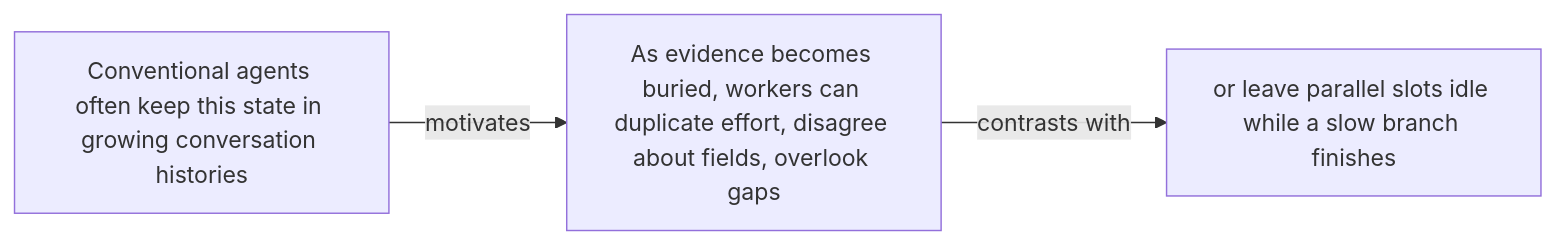
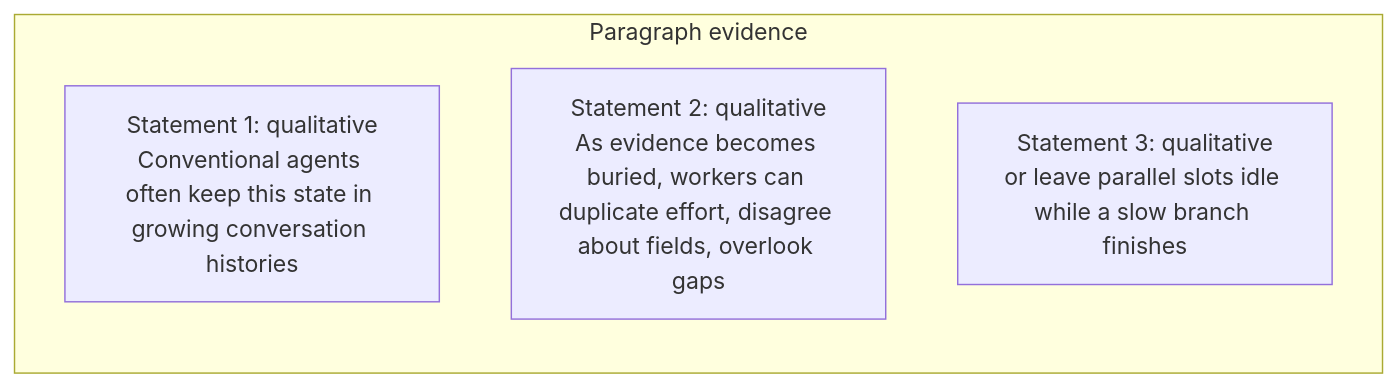
One commit to Betancourt1/paper_atlas changed the fourth of 51 diagrams in docs/visual-manifests/VISUAL_MANIFEST_SEARCHOS_V1.md. Above: the diagram before and after it, drawn with Mermaid. The commit also changed other lines of this file and 7 other files, not shown here.

````diff
--- a/docs/visual-manifests/VISUAL_MANIFEST_SEARCHOS_V1.md
+++ b/docs/visual-manifests/VISUAL_MANIFEST_SEARCHOS_V1.md
@@ -292,8 +284,8 @@
 ```mermaid
 flowchart LR
-  n1["Conventional agents often keep this state in growing conversation histories"]
-  n2["As evidence becomes buried, workers can duplicate effort, disagree about fields, overlook gaps"]
-  n3["or leave parallel slots idle while a slow branch finishes"]
-  n1 -->|"motivates"| n2
-  n2 -->|"contrasts with"| n3
+  subgraph p1["Paragraph evidence"]
+    p1r1["Statement 1: qualitative<br/>Conventional agents often keep this state in growing conversation histories"]
+    p1r2["Statement 2: qualitative<br/>As evidence becomes buried, workers can duplicate effort, disagree about fields, overlook gaps"]
+    p1r3["Statement 3: qualitative<br/>or leave parallel slots idle while a slow branch finishes"]
+  end
 ```
````
